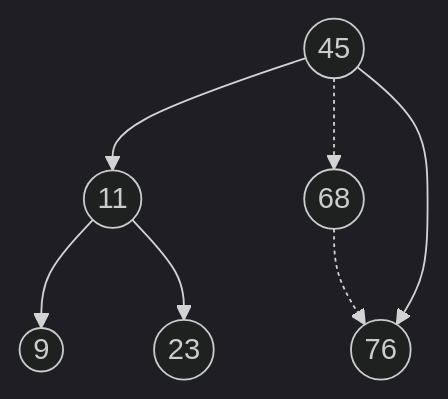
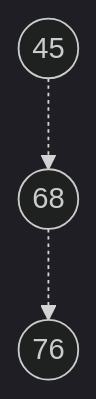
The tenth of 13 diagrams in DataStructures/Tree/BinaryTree/2019-02-13-二叉排序树.md (dmjcb/SelfBlog), drawn with Mermaid (dark theme) before and after one commit. The commit also changed other lines of this file and 224 other files, not shown here.

````diff
--- a/DataStructures/Tree/BinaryTree/2019-02-13-二叉排序树.md
+++ b/DataStructures/Tree/BinaryTree/2019-02-13-二叉排序树.md
@@ -240,11 +195,7 @@
 ```mermaid
 graph TB
     N45((45))
-        N45 --> N11((11))
-            N11 --> N9((9))
-            N11 --> N23((23))
         N45 -.-> N68((68))
             N68 -.-> N76((76))
 
-        N45 --> N76
 ```
````
